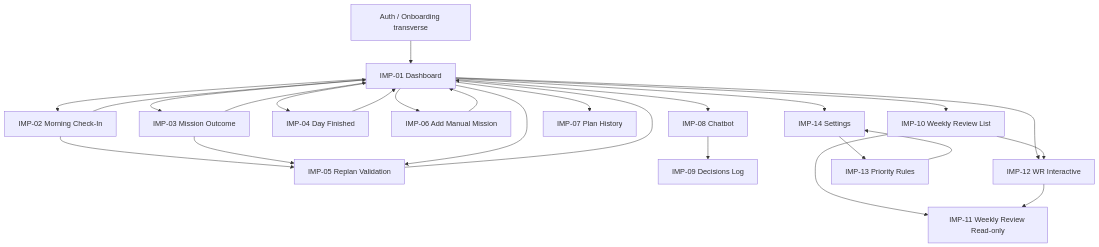
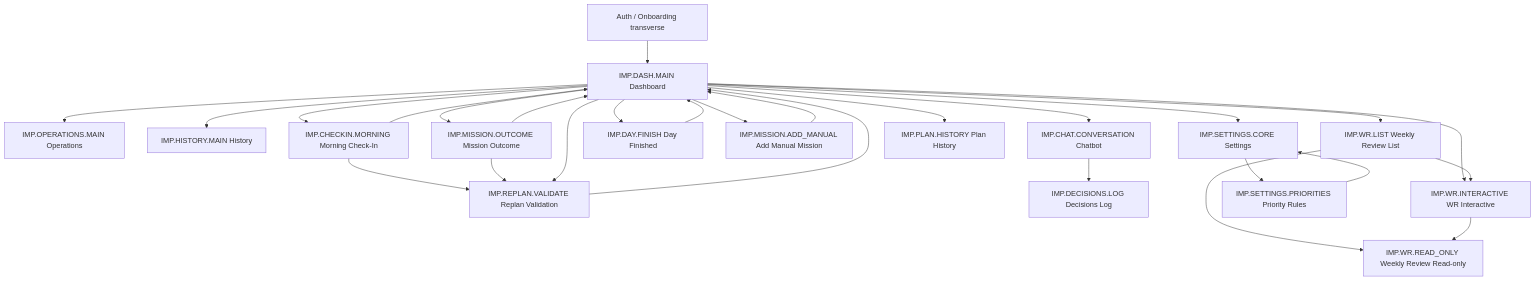
Before and after one commit to Abdel93240/imperium-backend: the first of 5 diagrams in docs_master/59_DESIGN_SYSTEM_V1_DRAFT.md, drawn with Mermaid. The commit also changed other lines of this file and 1 other file, not shown here.

Commit message:
docs: nomenclature écrans en Route ID parlants, 4 top-level (Dashboard/Operations/History/Settings), suppression Inbox fantôme

````diff
--- a/docs_master/59_DESIGN_SYSTEM_V1_DRAFT.md
+++ b/docs_master/59_DESIGN_SYSTEM_V1_DRAFT.md
@@ -920,27 +923,29 @@
 ```mermaid
 flowchart TD
-  AUTH[Auth / Onboarding transverse] --> IMP01[IMP-01 Dashboard]
-  IMP01 --> IMP02[IMP-02 Morning Check-In]
-  IMP02 --> IMP05[IMP-05 Replan Validation]
-  IMP02 --> IMP01
-  IMP01 --> IMP03[IMP-03 Mission Outcome]
-  IMP03 --> IMP05
-  IMP03 --> IMP01
-  IMP01 --> IMP04[IMP-04 Day Finished]
-  IMP04 --> IMP01
-  IMP01 --> IMP05
-  IMP05 --> IMP01
-  IMP01 --> IMP06[IMP-06 Add Manual Mission]
-  IMP06 --> IMP01
-  IMP01 --> IMP08[IMP-08 Chatbot]
-  IMP08 --> IMP09[IMP-09 Decisions Log]
-  IMP01 --> IMP07[IMP-07 Plan History]
-  IMP01 --> IMP10[IMP-10 Weekly Review List]
-  IMP10 --> IMP11[IMP-11 Weekly Review Read-only]
-  IMP01 --> IMP12[IMP-12 WR Interactive]
-  IMP10 --> IMP12
-  IMP12 --> IMP11
-  IMP01 --> IMP14[IMP-14 Settings]
-  IMP14 --> IMP13[IMP-13 Priority Rules]
-  IMP13 --> IMP14
+  AUTH[Auth / Onboarding transverse] --> DASH[IMP.DASH.MAIN Dashboard]
+  DASH --> OPS[IMP.OPERATIONS.MAIN Operations]
+  DASH --> HIST[IMP.HISTORY.MAIN History]
+  DASH --> SETTINGS[IMP.SETTINGS.CORE Settings]
+  DASH --> CHECKIN[IMP.CHECKIN.MORNING Morning Check-In]
+  CHECKIN --> REPLAN[IMP.REPLAN.VALIDATE Replan Validation]
+  CHECKIN --> DASH
+  DASH --> OUTCOME[IMP.MISSION.OUTCOME Mission Outcome]
+  OUTCOME --> REPLAN
+  OUTCOME --> DASH
+  DASH --> FINISH[IMP.DAY.FINISH Day Finished]
+  FINISH --> DASH
+  DASH --> REPLAN
+  REPLAN --> DASH
+  DASH --> ADDMISSION[IMP.MISSION.ADD_MANUAL Add Manual Mission]
+  ADDMISSION --> DASH
+  DASH --> CHAT[IMP.CHAT.CONVERSATION Chatbot]
+  CHAT --> DECISIONS[IMP.DECISIONS.LOG Decisions Log]
+  DASH --> PLANHISTORY[IMP.PLAN.HISTORY Plan History]
+  DASH --> WRLIST[IMP.WR.LIST Weekly Review List]
+  WRLIST --> WRREAD[IMP.WR.READ_ONLY Weekly Review Read-only]
+  DASH --> WRINTERACTIVE[IMP.WR.INTERACTIVE WR Interactive]
+  WRLIST --> WRINTERACTIVE
+  WRINTERACTIVE --> WRREAD
+  SETTINGS --> PRIORITIES[IMP.SETTINGS.PRIORITIES Priority Rules]
+  PRIORITIES --> SETTINGS
 ```
````
